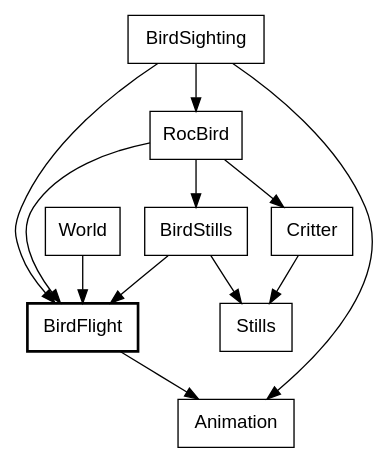
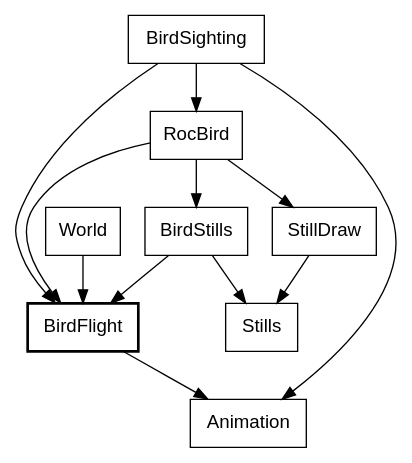
One commit to showell/roc-apps changed diagram 12 of 19 in canvas_apps/safari/tutorial/tutorial.md. Above: the diagram before and after it, drawn with Graphviz. The commit also changed other lines of this file and 3 other files, not shown here.

First line of the commit message:
safari: Critter.roc becomes StillDraw

````diff
--- a/canvas_apps/safari/tutorial/tutorial.md
+++ b/canvas_apps/safari/tutorial/tutorial.md
@@ -738,17 +738,17 @@
 ```dot
 digraph bird {
   node [shape=box, fontname="Helvetica"];
   BirdFlight [style=bold];
   World -> BirdFlight;
   BirdSighting -> BirdFlight;
   BirdSighting -> RocBird;
   BirdSighting -> Animation;
   RocBird -> BirdFlight;
   RocBird -> BirdStills;
-  RocBird -> Critter;
+  RocBird -> StillDraw;
   BirdStills -> BirdFlight;
   BirdStills -> Stills;
-  Critter -> Stills;
+  StillDraw -> Stills;
   BirdFlight -> Animation;
 }
 ```
````
